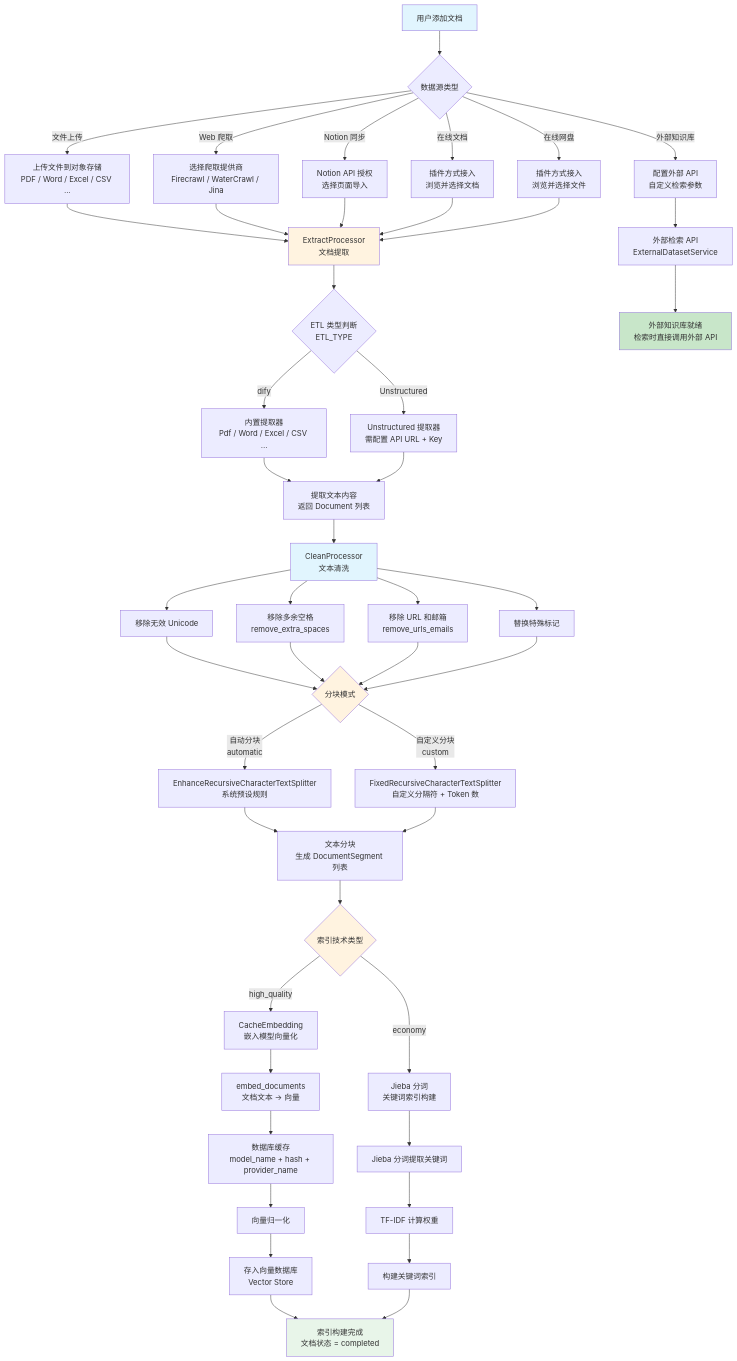
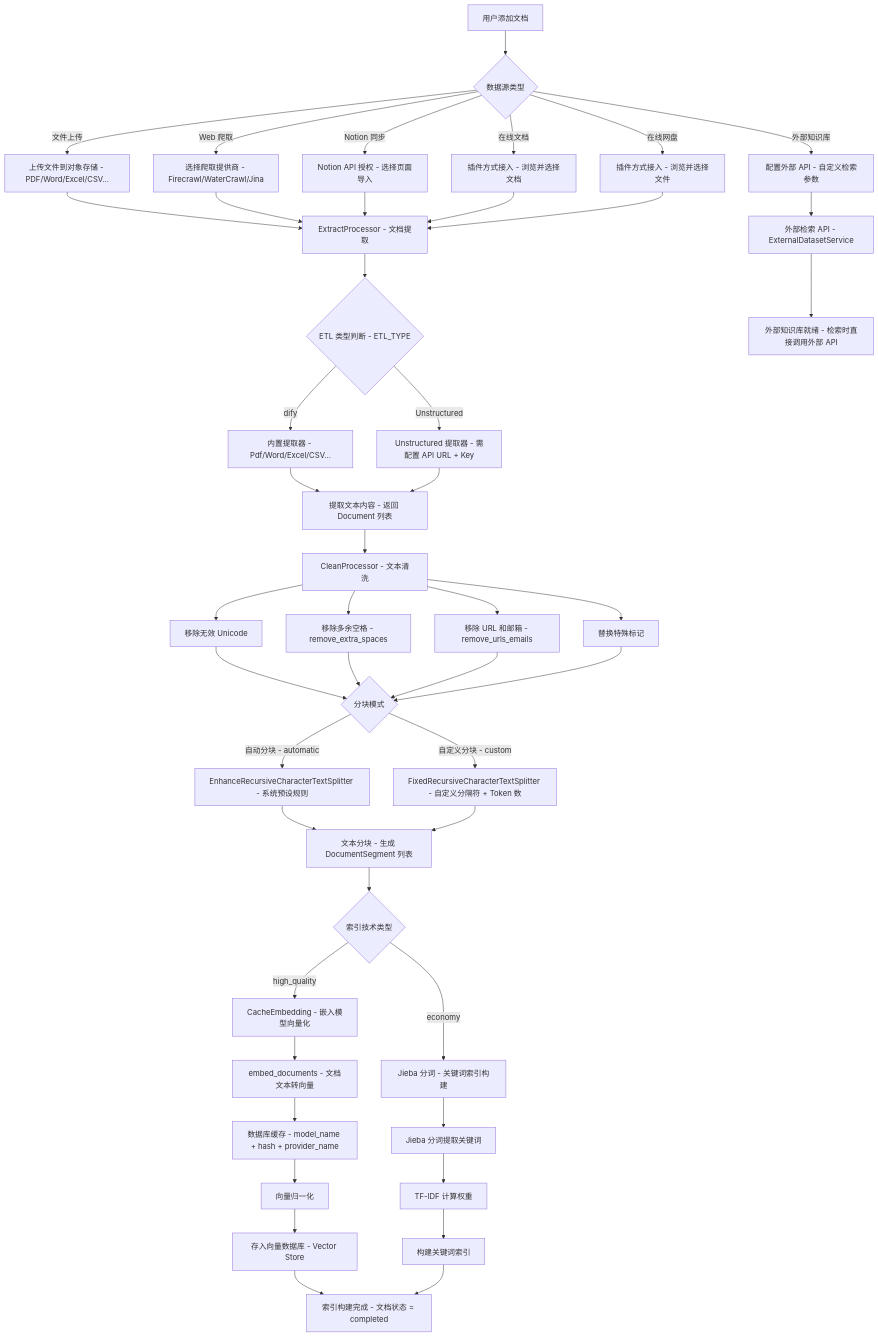
The second of 6 diagrams in project-docs/flows/rag-pipeline-flow.md (langgenius/dify), drawn with Mermaid before and after one commit. The commit also changed other lines of this file and 3 other files, not shown here.

First line of the commit message:
docs: update all mermaid flowchart syntax and wording

````diff
--- a/project-docs/flows/rag-pipeline-flow.md
+++ b/project-docs/flows/rag-pipeline-flow.md
@@ -84,68 +77,60 @@
 ```mermaid
-flowchart TD
+graph TB
     A[用户添加文档] --> B{数据源类型}
 
-    B -->|文件上传| C1[上传文件到对象存储<br/>PDF / Word / Excel / CSV ...]
-    B -->|Web 爬取| C2[选择爬取提供商<br/>Firecrawl / WaterCrawl / Jina]
-    B -->|Notion 同步| C3[Notion API 授权<br/>选择页面导入]
-    B -->|外部知识库| C4[配置外部 API<br/>自定义检索参数]
-    B -->|在线文档| C5[插件方式接入<br/>浏览并选择文档]
-    B -->|在线网盘| C6[插件方式接入<br/>浏览并选择文件]
+    B -->|文件上传| C1[上传文件到对象存储 - PDF/Word/Excel/CSV...]
+    B -->|Web 爬取| C2[选择爬取提供商 - Firecrawl/WaterCrawl/Jina]
+    B -->|Notion 同步| C3[Notion API 授权 - 选择页面导入]
+    B -->|外部知识库| C4[配置外部 API - 自定义检索参数]
+    B -->|在线文档| C5[插件方式接入 - 浏览并选择文档]
+    B -->|在线网盘| C6[插件方式接入 - 浏览并选择文件]
 
-    C1 --> D[ExtractProcessor<br/>文档提取]
+    C1 --> D[ExtractProcessor - 文档提取]
     C2 --> D
     C3 --> D
     C5 --> D
     C6 --> D
 
-    D --> E{ETL 类型判断<br/>ETL_TYPE}
-    E -->|dify| F1[内置提取器<br/>Pdf / Word / Excel / CSV ...]
-    E -->|Unstructured| F2[Unstructured 提取器<br/>需配置 API URL + Key]
+    D --> E{ETL 类型判断 - ETL_TYPE}
+    E -->|dify| F1[内置提取器 - Pdf/Word/Excel/CSV...]
+    E -->|Unstructured| F2[Unstructured 提取器 - 需配置 API URL + Key]
 
-    F1 --> G[提取文本内容<br/>返回 Document 列表]
+    F1 --> G[提取文本内容 - 返回 Document 列表]
     F2 --> G
 
-    G --> H[CleanProcessor<br/>文本清洗]
+    G --> H[CleanProcessor - 文本清洗]
     H --> H1[移除无效 Unicode]
-    H --> H2[移除多余空格<br/>remove_extra_spaces]
-    H --> H3[移除 URL 和邮箱<br/>remove_urls_emails]
+    H --> H2[移除多余空格 - remove_extra_spaces]
+    H --> H3[移除 URL 和邮箱 - remove_urls_emails]
     H --> H4[替换特殊标记]
 
     H1 --> I{分块模式}
     H2 --> I
     H3 --> I
     H4 --> I
 
-    I -->|自动分块<br/>automatic| J1[EnhanceRecursiveCharacterTextSplitter<br/>系统预设规则]
-    I -->|自定义分块<br/>custom| J2[FixedRecursiveCharacterTextSplitter<br/>自定义分隔符 + Token 数]
+    I -->|自动分块 - automatic| J1[EnhanceRecursiveCharacterTextSplitter - 系统预设规则]
+    I -->|自定义分块 - custom| J2[FixedRecursiveCharacterTextSplitter - 自定义分隔符 + Token 数]
 
-    J1 --> K[文本分块<br/>生成 DocumentSegment 列表]
+    J1 --> K[文本分块 - 生成 DocumentSegment 列表]
     J2 --> K
 
     K --> L{索引技术类型}
-    L -->|high_quality| M[CacheEmbedding<br/>嵌入模型向量化]
-    L -->|economy| N[Jieba 分词<br/>关键词索引构建]
+    L -->|high_quality| M[CacheEmbedding - 嵌入模型向量化]
+    L -->|economy| N[Jieba 分词 - 关键词索引构建]
 
-    M --> M1[embed_documents<br/>文档文本 → 向量]
-    M1 --> M2[数据库缓存<br/>model_name + hash + provider_name]
+    M --> M1[embed_documents - 文档文本转向量]
+    M1 --> M2[数据库缓存 - model_name + hash + provider_name]
     M2 --> M3[向量归一化]
-    M3 --> M4[存入向量数据库<br/>Vector Store]
+    M3 --> M4[存入向量数据库 - Vector Store]
 
     N --> N1[Jieba 分词提取关键词]
     N1 --> N2[TF-IDF 计算权重]
     N2 --> N3[构建关键词索引]
 
-    M4 --> O[索引构建完成<br/>文档状态 = completed]
+    M4 --> O[索引构建完成 - 文档状态 = completed]
     N3 --> O
 
-    C4 --> P[外部检索 API<br/>ExternalDatasetService]
-    P --> Q[外部知识库就绪<br/>检索时直接调用外部 API]
-
-    style A fill:#e1f5fe
-    style D fill:#fff3e0
-    style H fill:#e1f5fe
-    style I fill:#fff3e0
-    style L fill:#fff3e0
-    style O fill:#e8f5e9
-    style Q fill:#c8e6c9
+    C4 --> P[外部检索 API - ExternalDatasetService]
+    P --> Q[外部知识库就绪 - 检索时直接调用外部 API]
 ```
````
